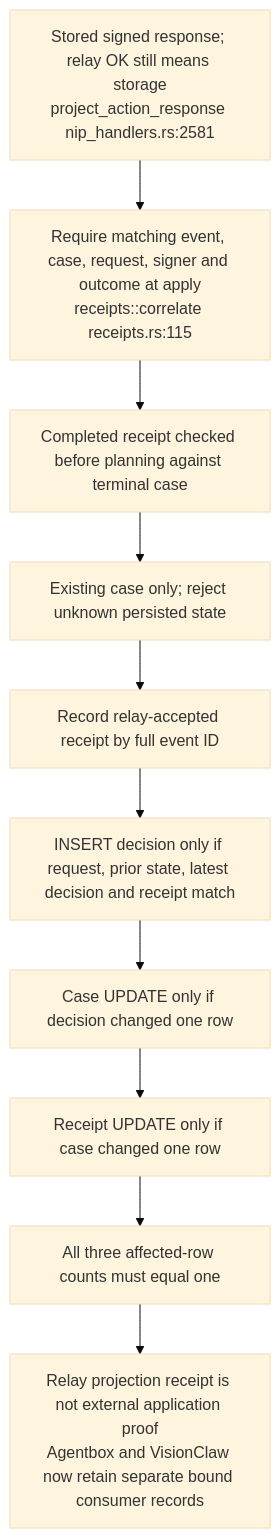
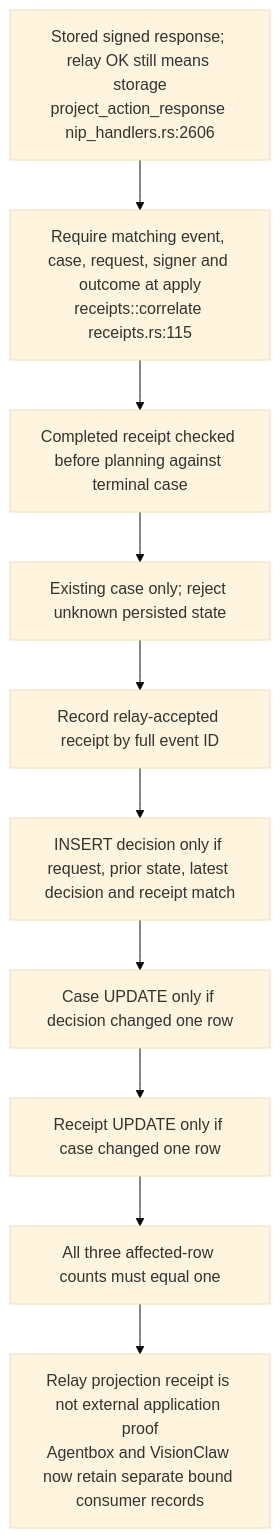
One commit to DreamLab-AI/VisionFlow changed the ninth of 16 diagrams in docs/diagrams/nostr-rust-forum/06-agent-control-surface-31400-31405.md. Above: the diagram before and after it, drawn with Mermaid (base theme). The commit also changed other lines of this file and 111 other files, not shown here.

Commit message:
docs(diagrams): align estate maps with current source

````diff
--- a/docs/diagrams/nostr-rust-forum/06-agent-control-surface-31400-31405.md
+++ b/docs/diagrams/nostr-rust-forum/06-agent-control-surface-31400-31405.md
@@ -271,12 +271,12 @@
 ```mermaid
 flowchart TB
-    EVENT["Stored signed response; relay OK still means storage<br/>project_action_response nip_handlers.rs:2581"] --> CORR["Require matching event, case, request, signer and outcome at apply<br/>receipts::correlate receipts.rs:115"]
+    EVENT["Stored signed response; relay OK still means storage<br/>project_action_response nip_handlers.rs:2606"] --> CORR["Require matching event, case, request, signer and outcome at apply<br/>receipts::correlate receipts.rs:115"]
     CORR --> REPLAY["Completed receipt checked before planning against terminal case"]
     REPLAY --> PLAN["Existing case only; reject unknown persisted state"]
     PLAN --> ACCEPT["Record relay-accepted receipt by full event ID"]
     ACCEPT --> SQL["INSERT decision only if request, prior state, latest decision and receipt match"]
     SQL --> CASE["Case UPDATE only if decision changed one row"]
     CASE --> RECEIPT["Receipt UPDATE only if case changed one row"]
     RECEIPT --> CHECK["All three affected-row counts must equal one"]
     CHECK --> LIMIT["Relay projection receipt is not external application proof<br/>Agentbox and VisionClaw now retain separate bound consumer records"]
 ```
````
